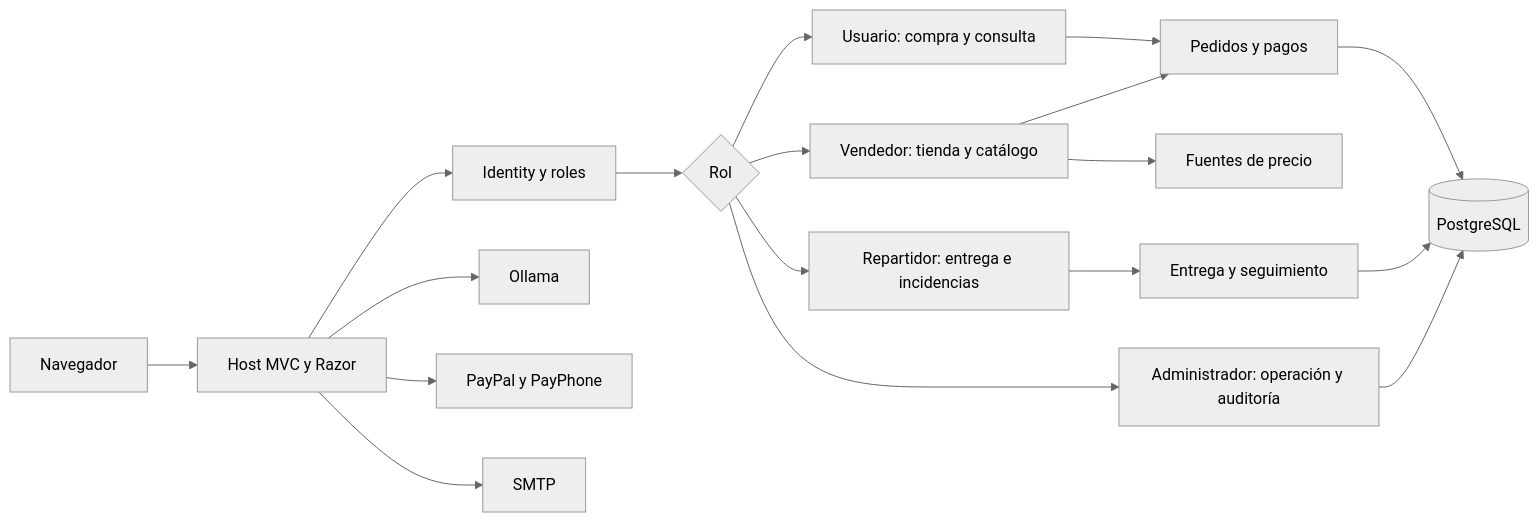
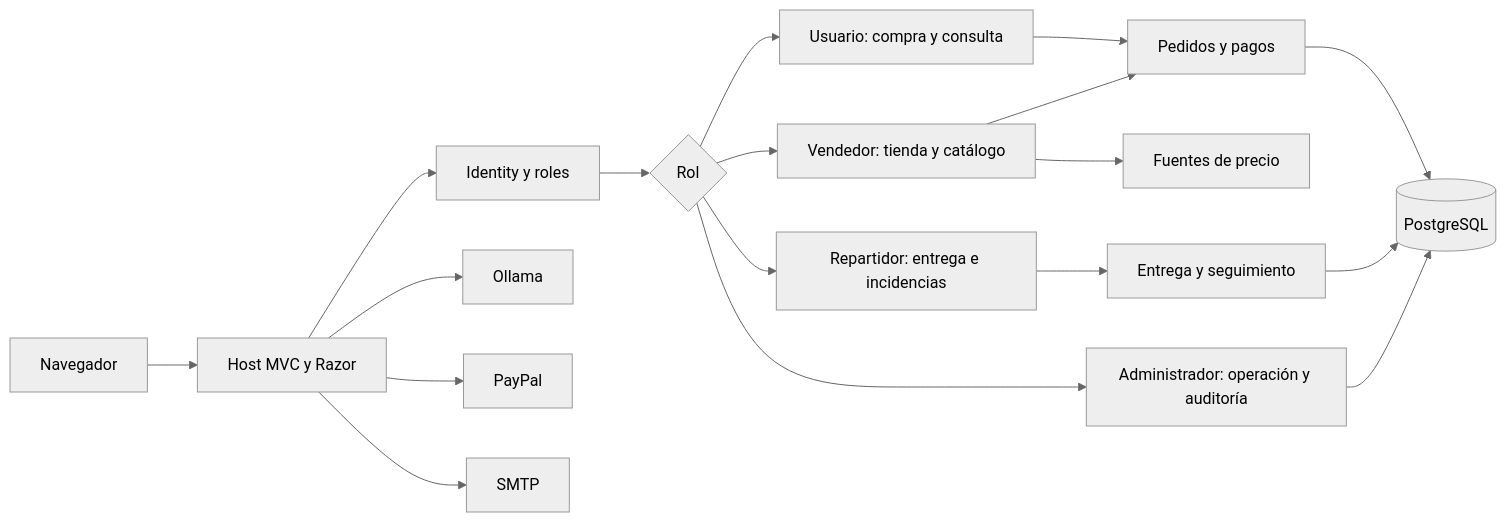
The second of 2 diagrams in README.md (jeffersonmejia/ollama-orbi-app), drawn with Mermaid (neutral theme) before and after one commit. The commit also changed other lines of this file and 49 other files, not shown here.

````diff
--- a/README.md
+++ b/README.md
@@ -221,20 +234,20 @@
 ```mermaid
 flowchart LR
     browser[Navegador] --> web[Host MVC y Razor]
     web --> identity[Identity y roles]
     identity --> role{Rol}
     role --> buyer[Usuario: compra y consulta]
     role --> seller[Vendedor: tienda y catálogo]
     role --> courier[Repartidor: entrega e incidencias]
     role --> admin[Administrador: operación y auditoría]
     buyer --> orders[Pedidos y pagos]
     seller --> orders
     courier --> delivery[Entrega y seguimiento]
     orders --> db[(PostgreSQL)]
     delivery --> db
     admin --> db
     web --> ai[Ollama]
     seller --> prices[Fuentes de precio]
-    web --> payment[PayPal y PayPhone]
+    web --> payment[PayPal]
     web --> mail[SMTP]
 ```
````
